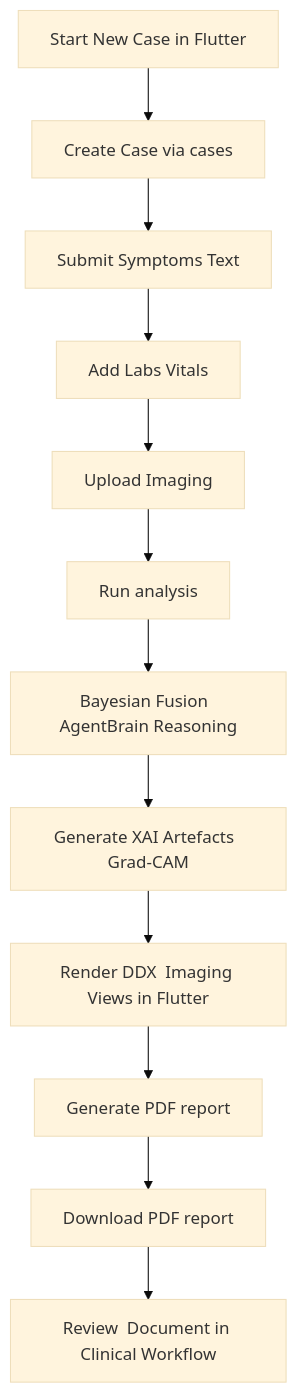
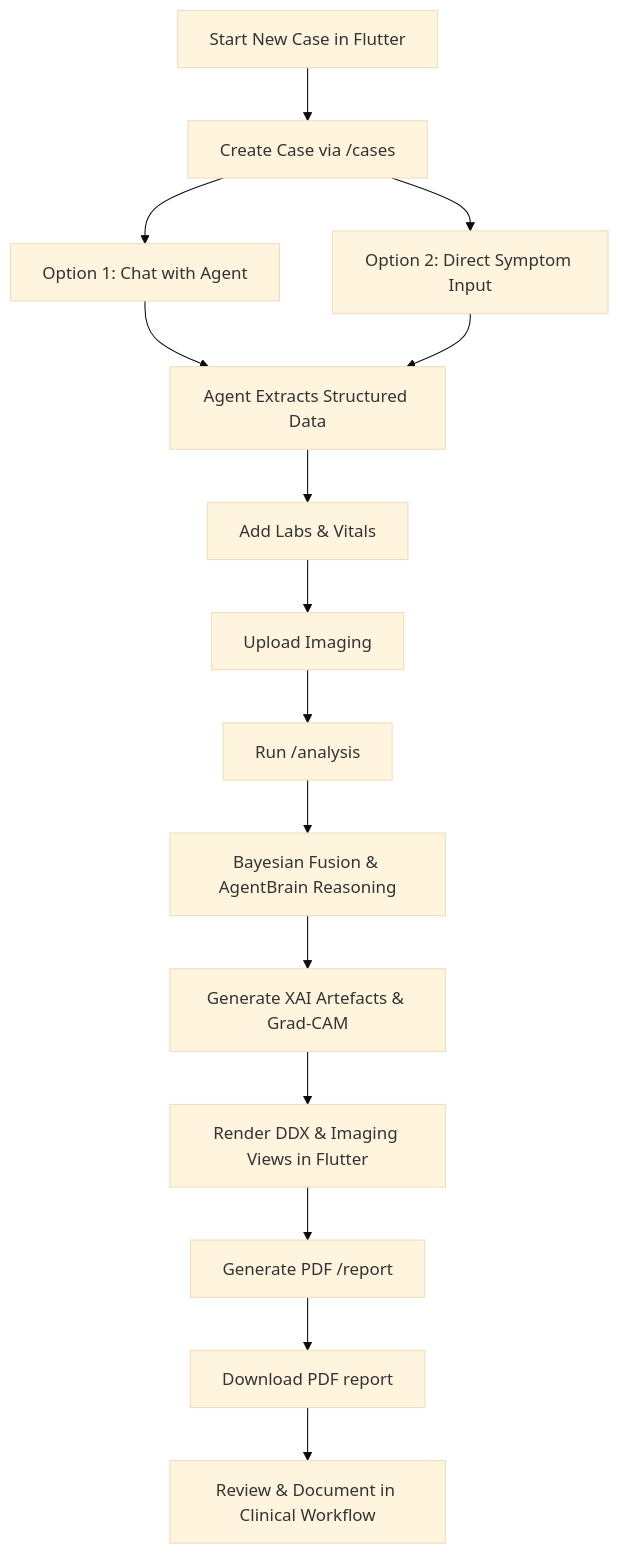
The third of 4 diagrams in README.md (anaslari23/Multi-Modal-Health-AI-Agent-Guide), drawn with Mermaid (base theme) before and after one commit. The commit also changed other lines of this file and 178 other files, not shown here.

````diff
--- a/README.md
+++ b/README.md
@@ -54,14 +67,17 @@
 ```mermaid
 flowchart TD
-    A[Start New Case in Flutter] --> B[Create Case via cases]
-    B --> C[Submit Symptoms  Text]
-    C --> D[Add Labs  Vitals]
-    D --> E[Upload Imaging]
-    E --> F[Run analysis]
-    F --> G[Bayesian Fusion  AgentBrain Reasoning]
-    G --> H[Generate XAI Artefacts  Grad-CAM]
-    H --> I[Render DDX  Imaging Views in Flutter]
-    I --> J[Generate PDF report]
-    J --> K[Download PDF report]
-    K --> L[Review  Document in Clinical Workflow]
+    A[Start New Case in Flutter] --> B[Create Case via /cases]
+    B --> C1[Option 1: Chat with Agent]
+    B --> C2[Option 2: Direct Symptom Input]
+    C1 --> D[Agent Extracts Structured Data]
+    C2 --> D
+    D --> E[Add Labs & Vitals]
+    E --> F[Upload Imaging]
+    F --> G[Run /analysis]
+    G --> H[Bayesian Fusion & AgentBrain Reasoning]
+    H --> I[Generate XAI Artefacts & Grad-CAM]
+    I --> J[Render DDX & Imaging Views in Flutter]
+    J --> K[Generate PDF /report]
+    K --> L[Download PDF report]
+    L --> M[Review & Document in Clinical Workflow]
 ```
````
